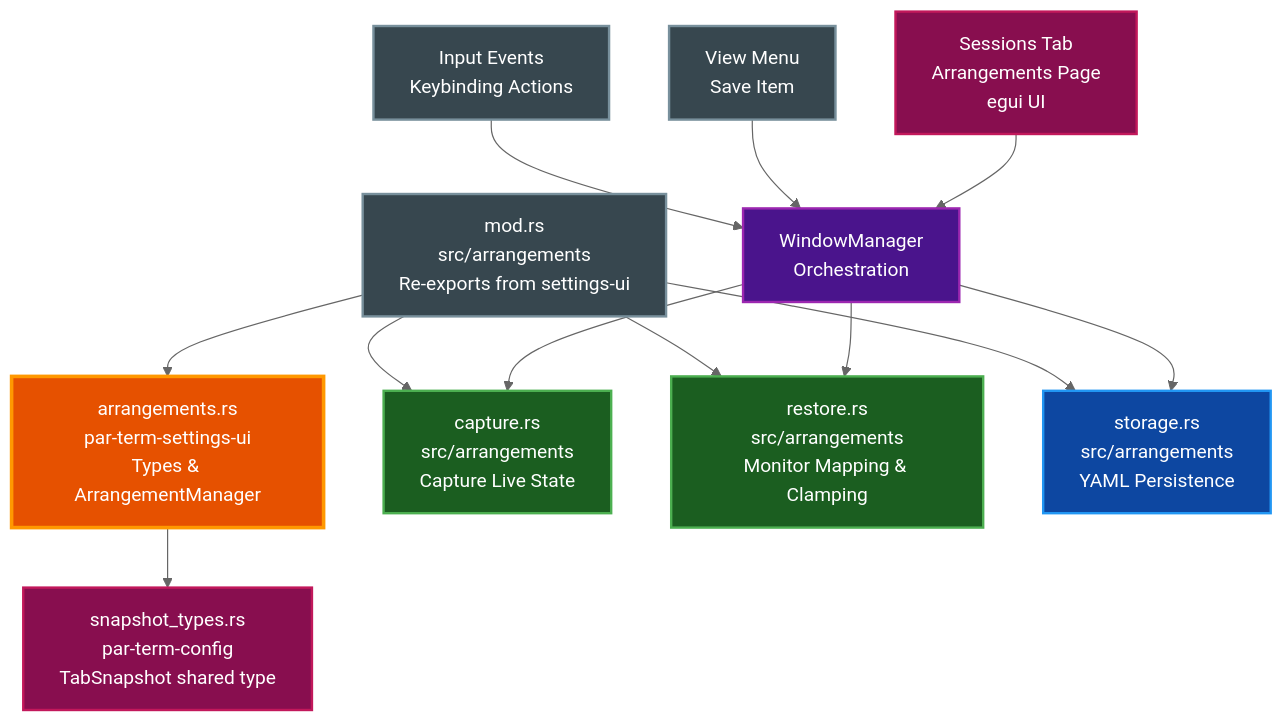
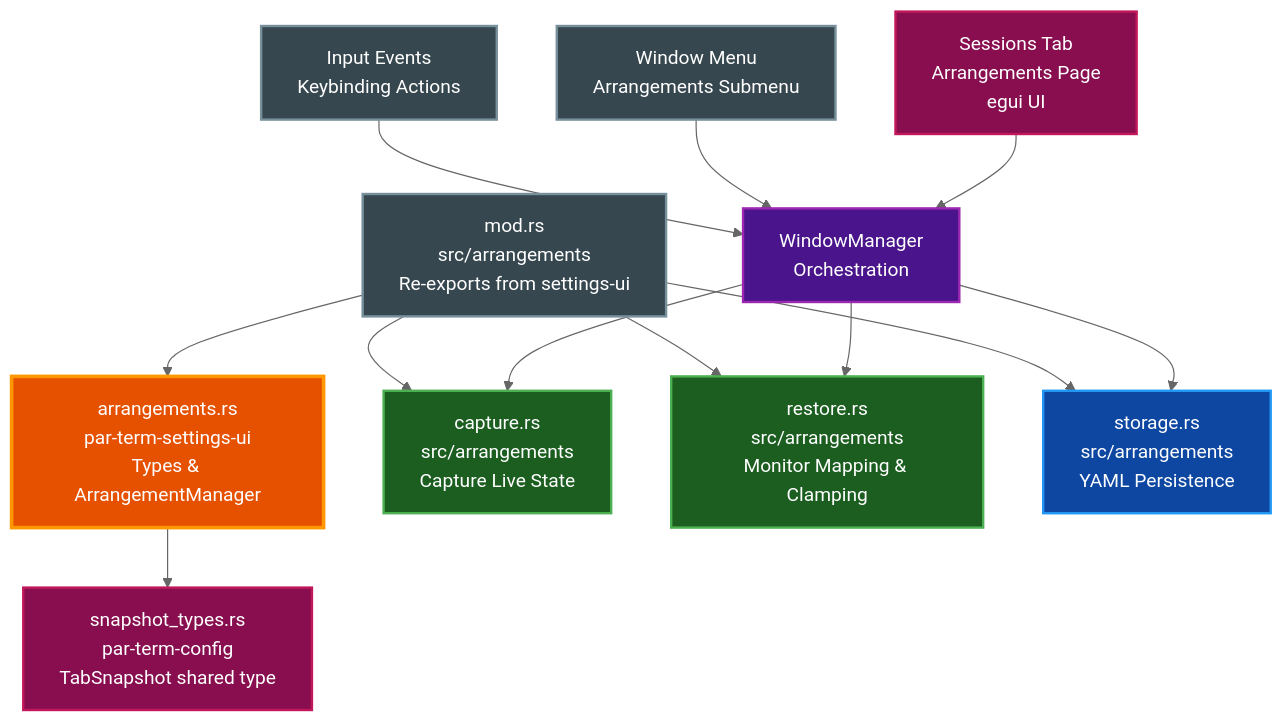
One commit to paulrobello/par-term changed the third of 3 diagrams in docs/features/ARRANGEMENTS.md. Above: the diagram before and after it, drawn with Mermaid (neutral theme). The commit also changed other lines of this file and 2 other files, not shown here.

Commit message:
docs: sync AGENT_COMMANDS, ARRANGEMENTS, BADGES to impl

````diff
--- a/docs/features/ARRANGEMENTS.md
+++ b/docs/features/ARRANGEMENTS.md
@@ -319,39 +322,39 @@
 ```mermaid
 graph TD
     SettingsUIArr[arrangements.rs<br/>par-term-settings-ui<br/>Types & ArrangementManager]
     ConfigSnapshot[snapshot_types.rs<br/>par-term-config<br/>TabSnapshot shared type]
     Capture[capture.rs<br/>src/arrangements<br/>Capture Live State]
     Restore[restore.rs<br/>src/arrangements<br/>Monitor Mapping & Clamping]
     Storage[storage.rs<br/>src/arrangements<br/>YAML Persistence]
     Mod[mod.rs<br/>src/arrangements<br/>Re-exports from settings-ui]
     WinMgr[WindowManager<br/>Orchestration]
     SettingsUI[Sessions Tab<br/>Arrangements Page<br/>egui UI]
-    Menu[View Menu<br/>Save Item]
+    Menu[Window Menu<br/>Arrangements Submenu]
     Input[Input Events<br/>Keybinding Actions]
 
     WinMgr --> Capture
     WinMgr --> Restore
     WinMgr --> Storage
     SettingsUI --> WinMgr
     Menu --> WinMgr
     Input --> WinMgr
     Mod --> Capture
     Mod --> Restore
     Mod --> Storage
     SettingsUIArr --> ConfigSnapshot
     Mod --> SettingsUIArr
 
     class SettingsUIArr primary
     class ConfigSnapshot,SettingsUI accent
     class Capture,Restore active
     class Storage data
     class Mod,Menu,Input neutral
     class WinMgr external
 
     classDef primary fill:#e65100,stroke:#ff9800,stroke-width:3px,color:#ffffff
     classDef accent fill:#880e4f,stroke:#c2185b,stroke-width:2px,color:#ffffff
     classDef active fill:#1b5e20,stroke:#4caf50,stroke-width:2px,color:#ffffff
     classDef data fill:#0d47a1,stroke:#2196f3,stroke-width:2px,color:#ffffff
     classDef neutral fill:#37474f,stroke:#78909c,stroke-width:2px,color:#ffffff
     classDef external fill:#4a148c,stroke:#9c27b0,stroke-width:2px,color:#ffffff
 ```
````
